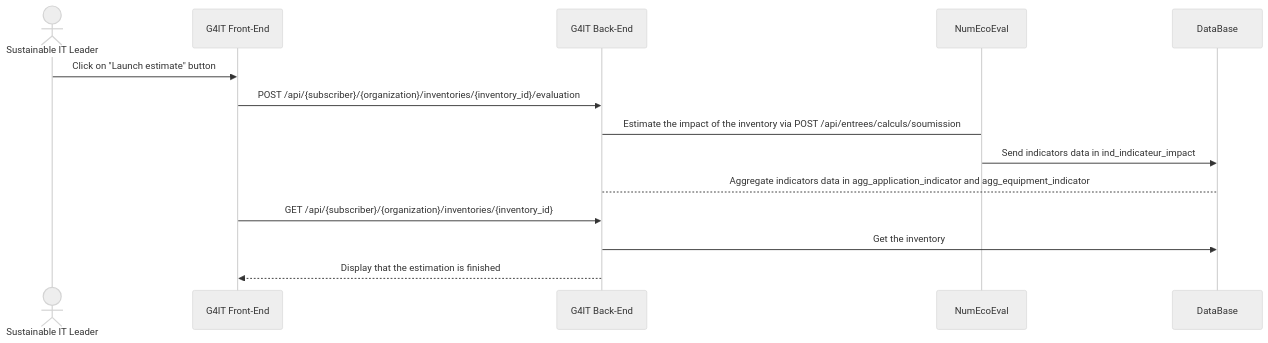
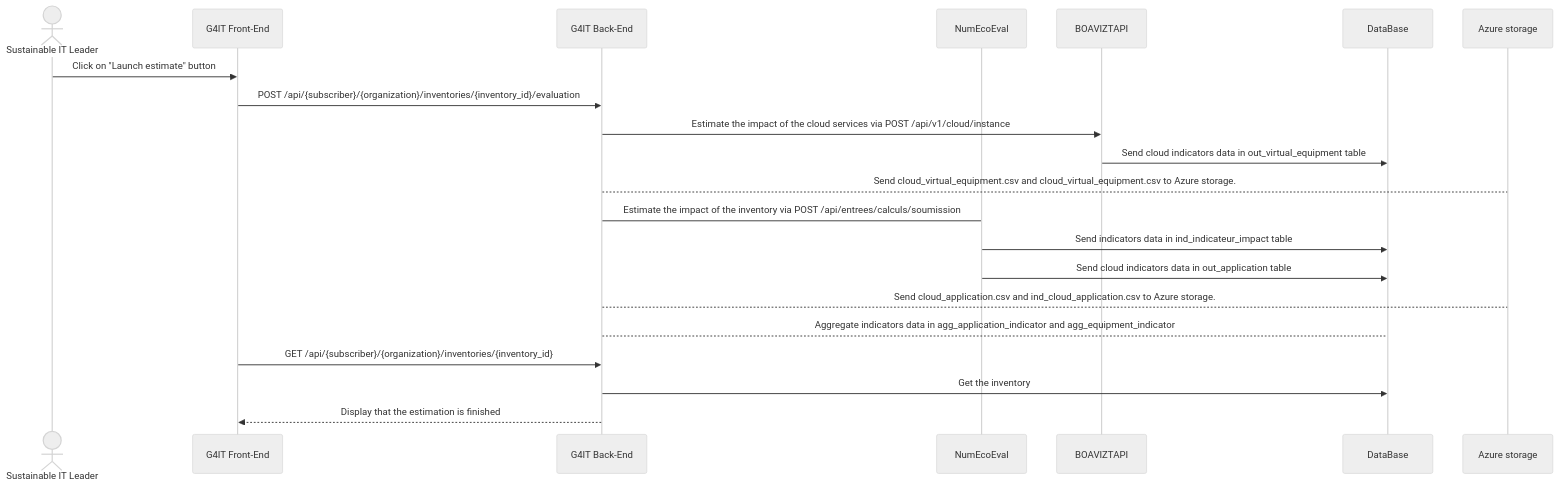
The second of 2 diagrams in services/documentation/content/3-functional-documentation/use_cases/uc_inventory/uc4_launch_estimation.md (G4ITTeam/g4it), drawn with Mermaid (neutral theme) before and after one commit. The commit also changed 398 other files, not shown here.

```diff
--- a/services/documentation/content/3-functional-documentation/use_cases/uc_inventory/uc4_launch_estimation.md
+++ b/services/documentation/content/3-functional-documentation/use_cases/uc_inventory/uc4_launch_estimation.md
@@ -76,18 +76,25 @@
 {{< mermaid >}}
 sequenceDiagram
 actor RND as Sustainable IT Leader
 participant front as G4IT Front-End
 participant back as G4IT Back-End
 participant NumEcoEval
+participant BOAVIZTAPI
 participant DataBase
+participant Azure storage
 
 RND ->> front: Click on "Launch estimate" button
 front ->> back: POST /api/{subscriber}/{organization}/inventories/{inventory_id}/evaluation
+back ->> BOAVIZTAPI: Estimate the impact of the cloud services via POST /api/v1/cloud/instance
+BOAVIZTAPI ->> DataBase: Send cloud indicators data in out_virtual_equipment table
+back --> Azure storage: Send cloud_virtual_equipment.csv and cloud_virtual_equipment.csv to Azure storage.
 back -> NumEcoEval: Estimate the impact of the inventory via POST /api/entrees/calculs/soumission
-NumEcoEval ->> DataBase: Send indicators data in ind_indicateur_impact
+NumEcoEval ->> DataBase: Send indicators data in ind_indicateur_impact table
+NumEcoEval ->> DataBase: Send cloud indicators data in out_application table
+back --> Azure storage: Send cloud_application.csv and ind_cloud_application.csv to Azure storage.
 back --> DataBase: Aggregate indicators data in agg_application_indicator and agg_equipment_indicator
 front ->> back: GET /api/{subscriber}/{organization}/inventories/{inventory_id}
 back ->> DataBase: Get the inventory
 back -->> front: Display that the estimation is finished
 
 {{< /mermaid >}}
```
